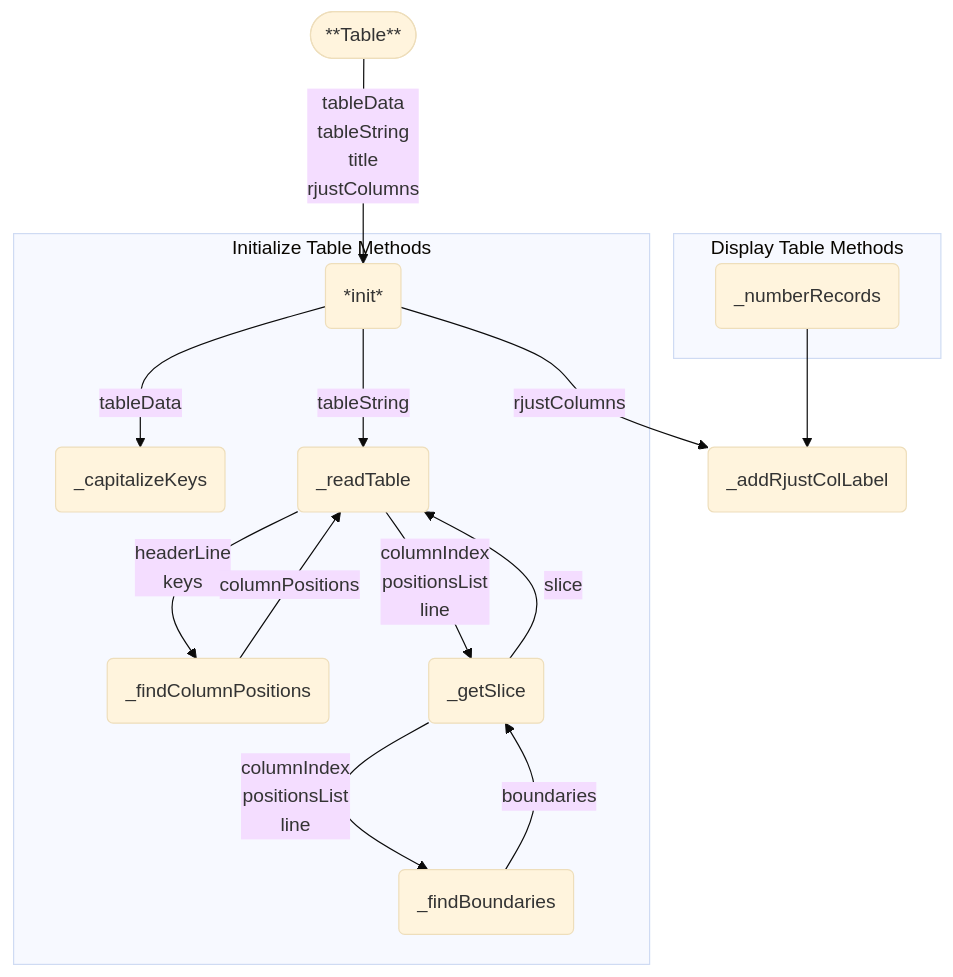
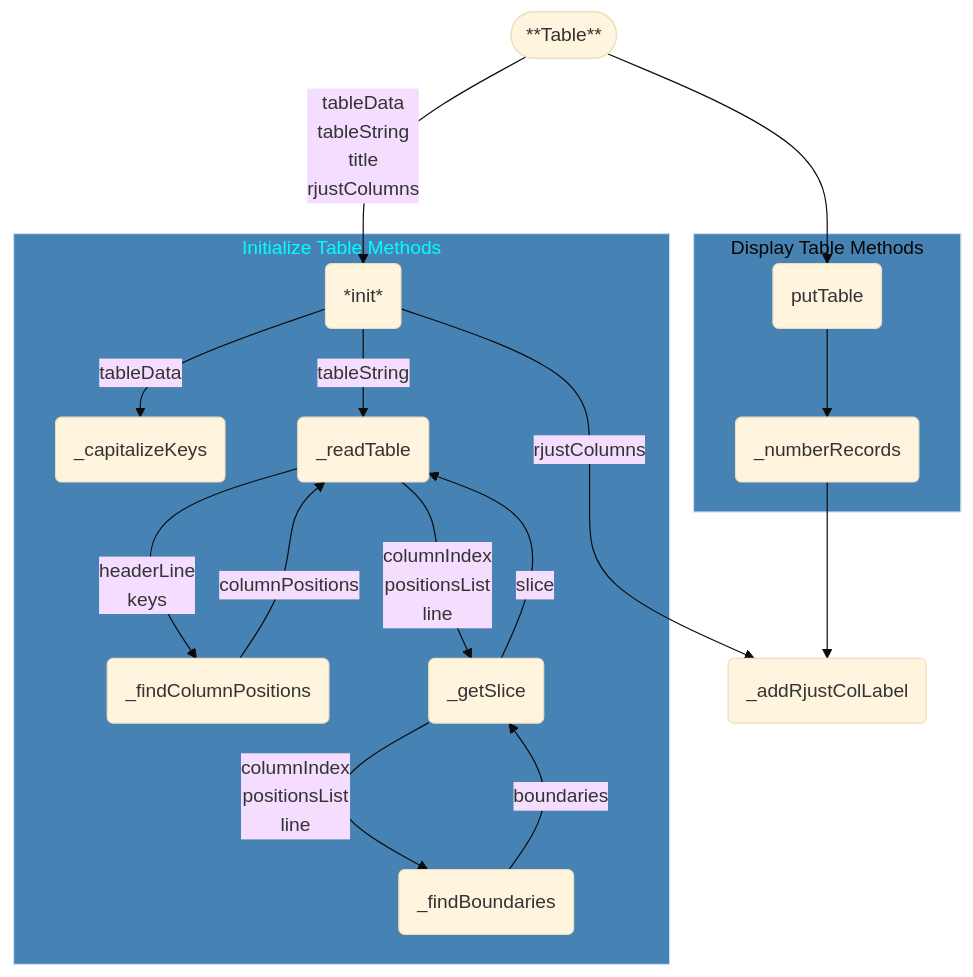
The first of 20 diagrams in scripts/table/design.md (7s4e/p3), drawn with Mermaid (base theme) before and after one commit. The commit also changed other lines of this file and 1 other file, not shown here.

````diff
--- a/scripts/table/design.md
+++ b/scripts/table/design.md
@@ -16,35 +16,40 @@
 ```mermaid
 graph
     TABL([**Table**])
         TABL -- tableData
                 tableString
                 title
                 rjustColumns --> INIT
+        TABL                 --> PTBL
     subgraph i [Initialize Table Methods]
+        style i fill:#4682b4,color:#0ff
         INIT(*init*)
             INIT -- tableData   --> CAPK
             INIT -- tableString --> READ
         CAPK(_capitalizeKeys)
         READ(_readTable)
             READ -- headerLine
                     keys            --> FNDC
             FNDC -- columnPositions --> READ
             READ -- columnIndex
                     positionsList
                     line            --> GETS
             GETS -- slice           --> READ
         FNDC(_findColumnPositions)
         GETS(_getSlice)
             GETS -- columnIndex
                     positionsList
                     line          --> FNDB
             FNDB -- boundaries    --> GETS
         FNDB(_findBoundaries)
     end
     subgraph d [Display Table Methods]
+        style d fill:#4682b4
+        PTBL(putTable)
+            PTBL --> NUMR
         NUMR(_numberRecords)
     end
     ARJC(_addRjustColLabel)
         INIT -- rjustColumns --> ARJC
         NUMR                 --> ARJC
 ```
````
